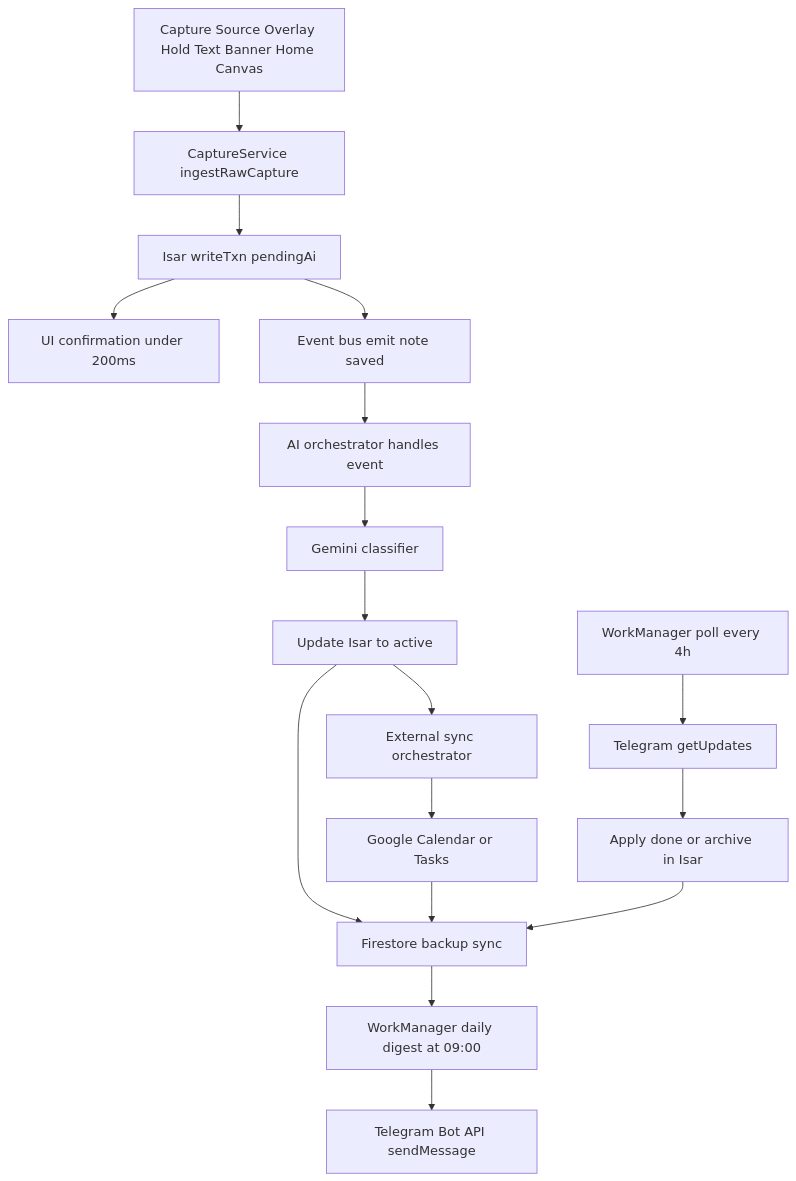
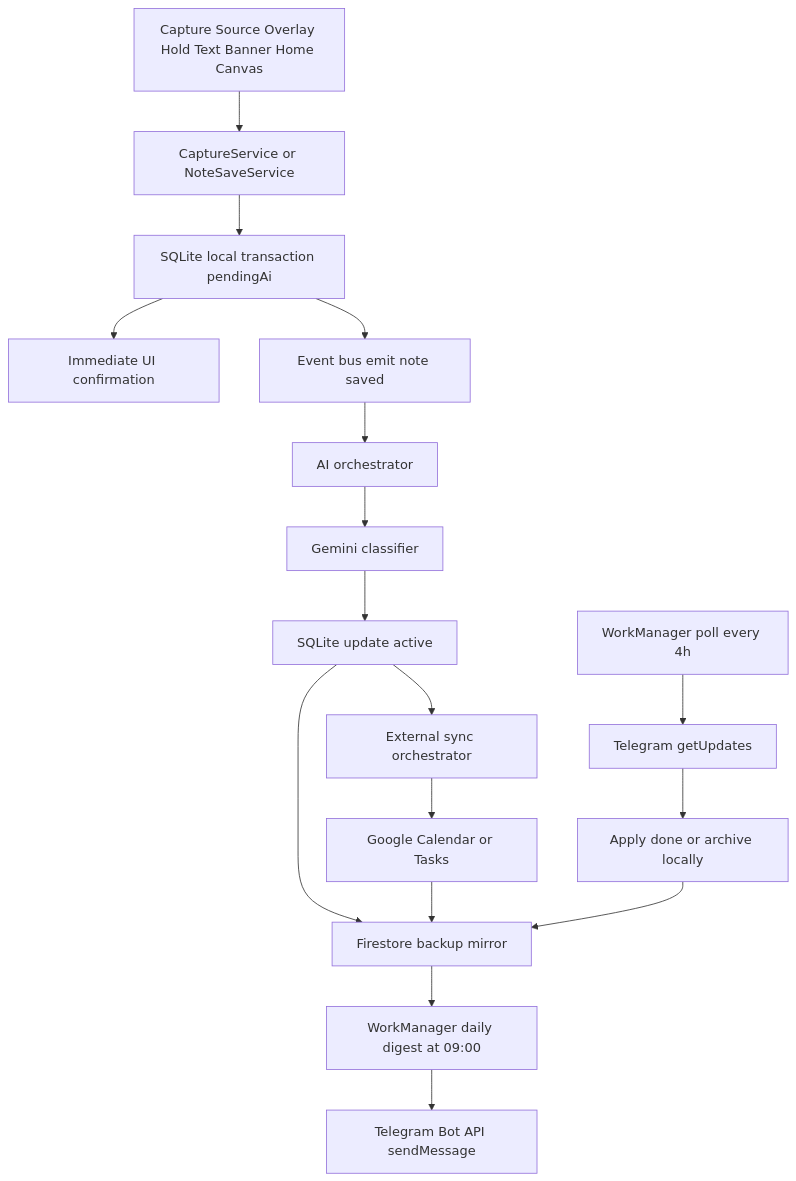
One commit to Adarshv0524/wishperlog changed the first of 4 diagrams in ARCHITECTURE.md. Above: the diagram before and after it, drawn with Mermaid. The commit also changed other lines of this file and 47 other files, not shown here.

````diff
--- a/ARCHITECTURE.md
+++ b/ARCHITECTURE.md
@@ -77,19 +113,19 @@
 ```mermaid
 flowchart TD
-  A[Capture Source Overlay Hold Text Banner Home Canvas] --> B[CaptureService ingestRawCapture]
-  B --> C[Isar writeTxn pendingAi]
-  C --> D[UI confirmation under 200ms]
+  A[Capture Source Overlay Hold Text Banner Home Canvas] --> B[CaptureService or NoteSaveService]
+  B --> C[SQLite local transaction pendingAi]
+  C --> D[Immediate UI confirmation]
   C --> E[Event bus emit note saved]
-  E --> F[AI orchestrator handles event]
+  E --> F[AI orchestrator]
   F --> G[Gemini classifier]
-  G --> H[Update Isar to active]
+  G --> H[SQLite update active]
   H --> I[External sync orchestrator]
   I --> J[Google Calendar or Tasks]
-  H --> K[Firestore backup sync]
+  H --> K[Firestore backup mirror]
   J --> K
   K --> L[WorkManager daily digest at 09:00]
   L --> M[Telegram Bot API sendMessage]
   N[WorkManager poll every 4h] --> O[Telegram getUpdates]
-  O --> P[Apply done or archive in Isar]
+  O --> P[Apply done or archive locally]
   P --> K
 ```
````
